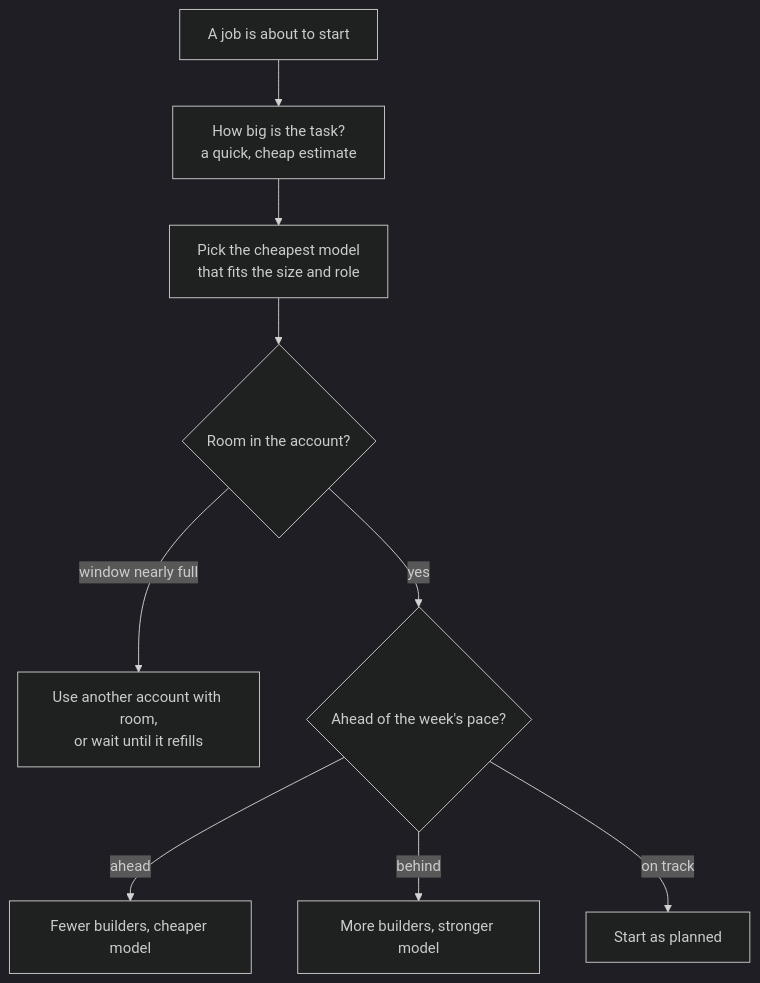
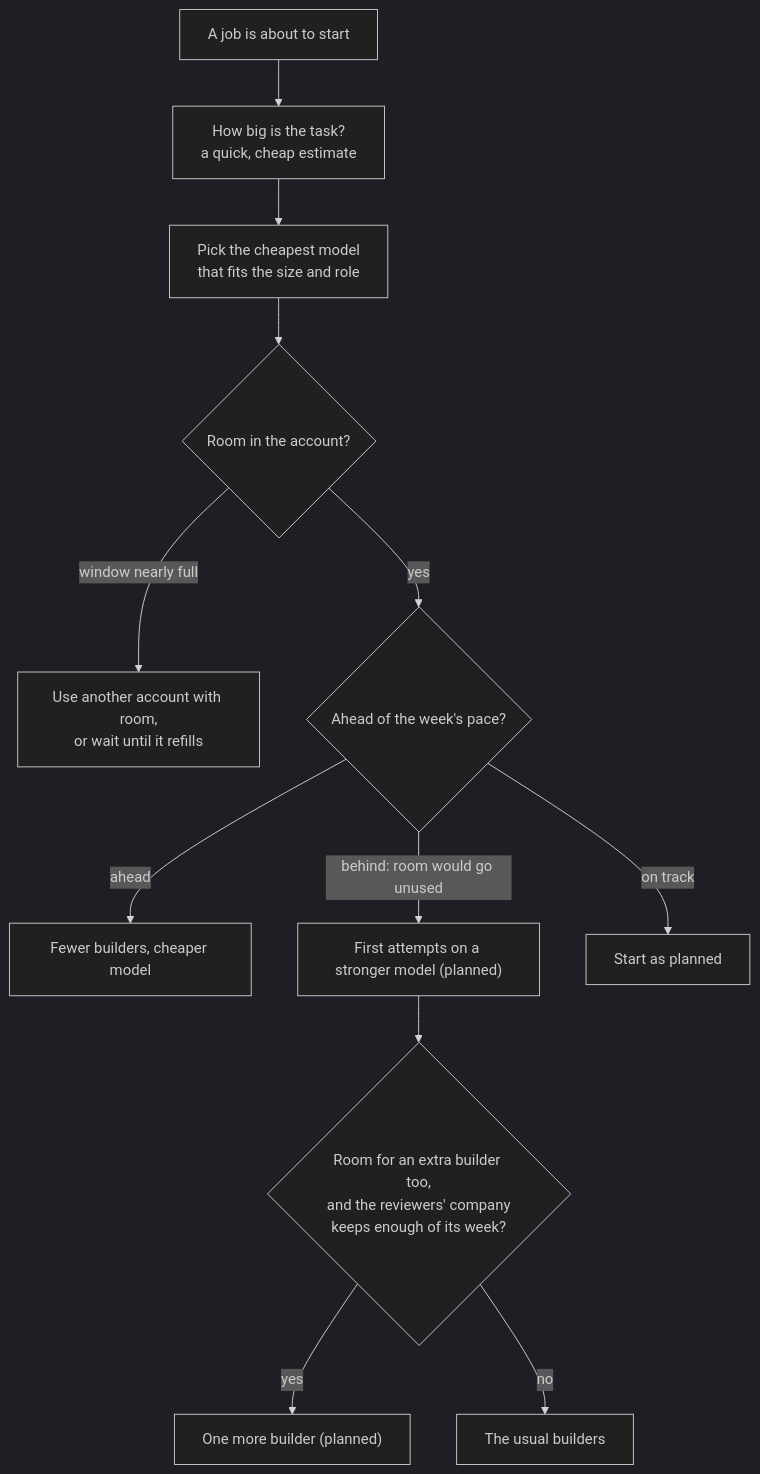
Before and after one commit to shinyredapples/intakt: the diagram in docs/guide/accounts-and-costs.md, drawn with Mermaid (dark theme). The commit also changed other lines of this file and 3 other files, not shown here.

````diff
--- a/docs/guide/accounts-and-costs.md
+++ b/docs/guide/accounts-and-costs.md
@@ -27,11 +27,14 @@
 ```mermaid
 flowchart TD
   job[A job is about to start] --> size[How big is the task?<br/>a quick, cheap estimate]
   size --> model[Pick the cheapest model<br/>that fits the size and role]
   model --> room{Room in the account?}
   room -- "window nearly full" --> wait[Use another account with room,<br/>or wait until it refills]
   room -- yes --> pace{Ahead of the week's pace?}
   pace -- ahead --> less[Fewer builders, cheaper model]
-  pace -- behind --> more[More builders, stronger model]
+  pace -- "behind: room would go unused" --> strong["First attempts on a stronger model (planned)"]
+  strong --> extra{"Room for an extra builder too,<br/>and the reviewers' company<br/>keeps enough of its week?"}
+  extra -- yes --> more["One more builder (planned)"]
+  extra -- no --> same[The usual builders]
   pace -- on track --> go[Start as planned]
 ```
````
